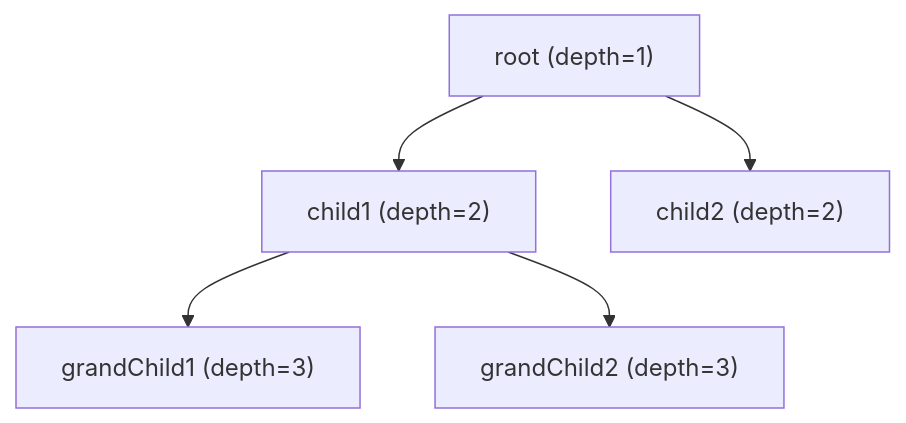
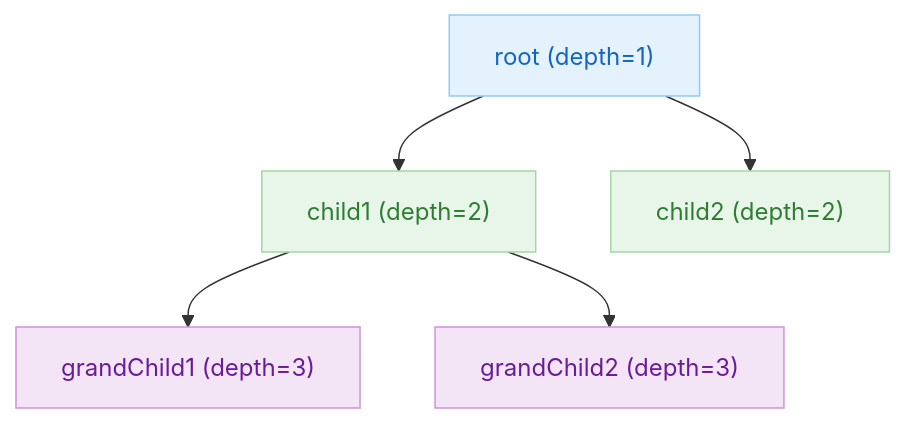
Before and after one commit to bluetape4k/exposed-workshop: the sixth of 7 diagrams in 07-jpa/02-convert-jpa-advanced/README.md, drawn with Mermaid. The commit also changed other lines of this file and 56 other files, not shown here.

First line of the commit message:
docs: 전체 README mermaid 다이어그램에 파스텔 톤 색상 적용

````diff
--- a/07-jpa/02-convert-jpa-advanced/README.md
+++ b/07-jpa/02-convert-jpa-advanced/README.md
@@ -198,13 +202,21 @@
 ```mermaid
 flowchart TD
     Root["root (depth=1)"]
     Child1["child1 (depth=2)"]
     Child2["child2 (depth=2)"]
     GrandChild1["grandChild1 (depth=3)"]
     GrandChild2["grandChild2 (depth=3)"]
 
     Root --> Child1
     Root --> Child2
     Child1 --> GrandChild1
     Child1 --> GrandChild2
+
+    classDef blue fill:#E3F2FD,stroke:#90CAF9,color:#1565C0
+    classDef green fill:#E8F5E9,stroke:#A5D6A7,color:#2E7D32
+    classDef purple fill:#F3E5F5,stroke:#CE93D8,color:#6A1B9A
+
+    class Root blue
+    class Child1,Child2 green
+    class GrandChild1,GrandChild2 purple
 ```
````
